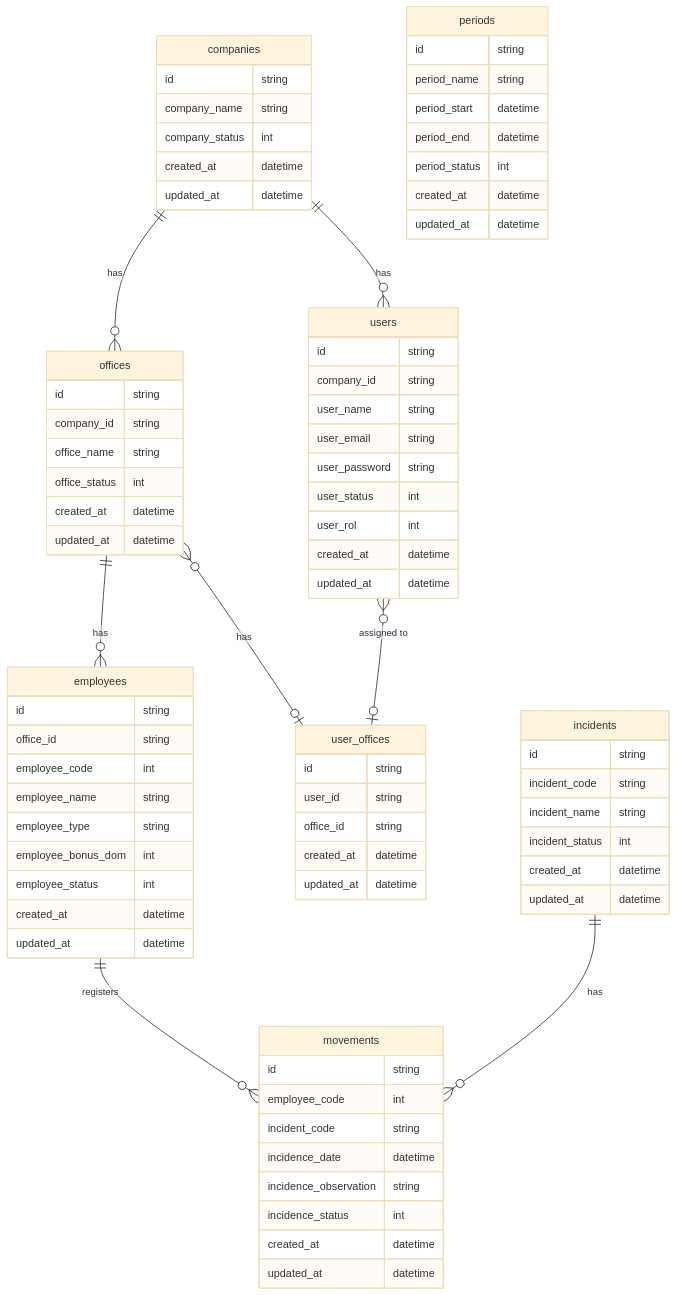
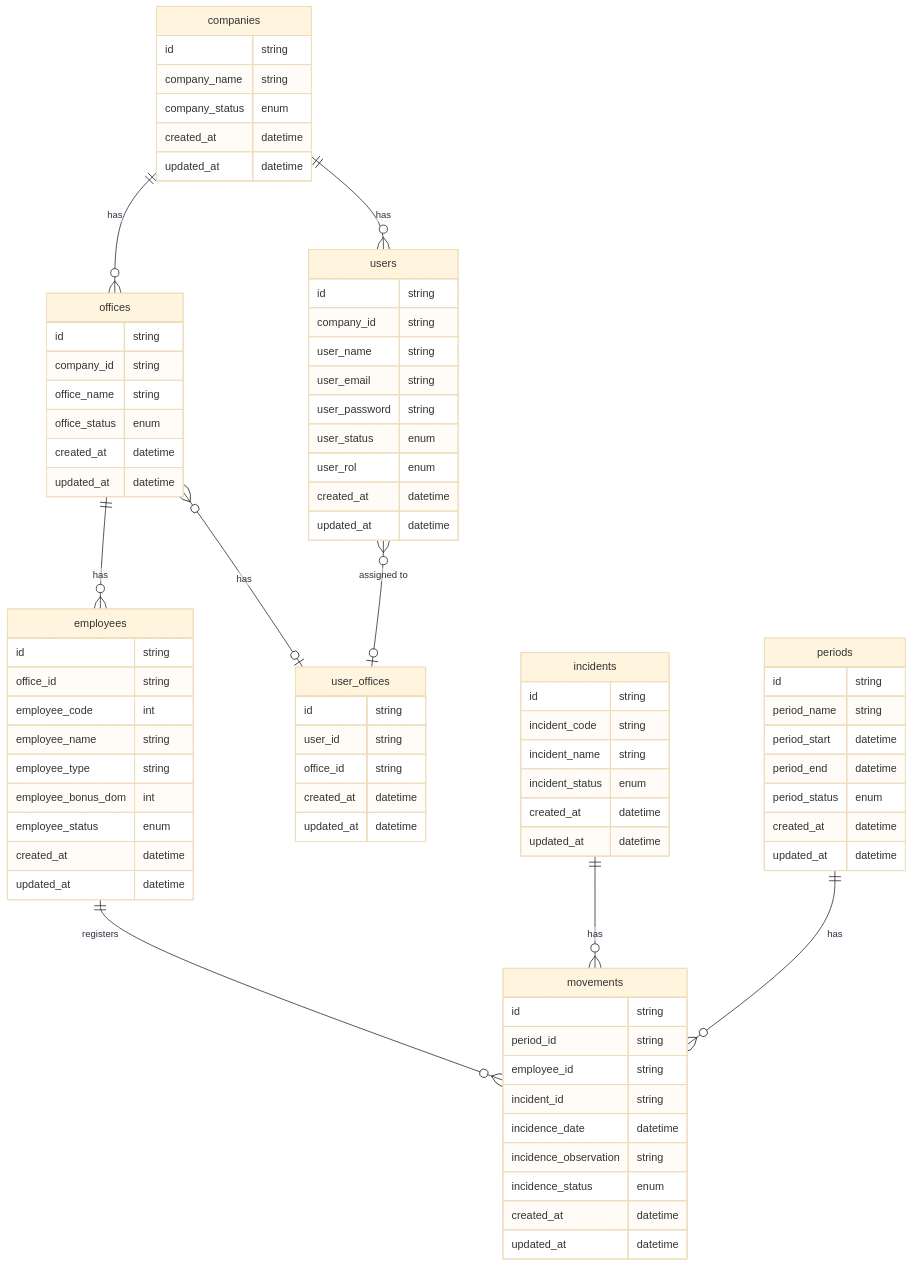
The diagram in docuemntation/DM.md (hahidalgo/incidencias_mx), drawn with Mermaid (base theme) before and after one commit.

Commit message:
:bug:(fix) update model on prisma

````diff
--- a/docuemntation/DM.md
+++ b/docuemntation/DM.md
@@ -9,11 +9,12 @@
   offices }o--o| user_offices : "has"
   employees ||--o{ movements : "registers"
   incidents ||--o{ movements : "has"
+  periods ||--o{ movements : "has"
 
   companies {
     id string
     company_name string
-    company_status int
+    company_status enum
     created_at datetime
     updated_at datetime
   }
@@ -21,7 +22,7 @@
     id string
     company_id string
     office_name string
-    office_status int
+    office_status enum
     created_at datetime
     updated_at datetime
   }
@@ -32,7 +33,7 @@
     employee_name string
     employee_type string
     employee_bonus_dom int
-    employee_status int
+    employee_status enum
     created_at datetime
     updated_at datetime
   }
@@ -40,17 +41,27 @@
     id string
     incident_code string
     incident_name string
-    incident_status int
+    incident_status enum
+    created_at datetime
+    updated_at datetime
+  }
+  periods {
+    id string
+    period_name string
+    period_start datetime
+    period_end datetime
+    period_status enum
     created_at datetime
     updated_at datetime
   }
   movements {
     id string
-    employee_code int
-    incident_code string
+    period_id string
+    employee_id string
+    incident_id string
     incidence_date datetime
     incidence_observation string
-    incidence_status int
+    incidence_status enum
     created_at datetime
     updated_at datetime
   }
@@ -60,8 +71,8 @@
     user_name string
     user_email string
     user_password string
-    user_status int
-    user_rol int
+    user_status enum
+    user_rol enum
     created_at datetime
     updated_at datetime
   }
@@ -72,13 +83,4 @@
     created_at datetime
     updated_at datetime
   }
-  periods {
-    id string
-    period_name string
-    period_start datetime
-    period_end datetime
-    period_status int
-    created_at datetime
-    updated_at datetime
-  }
 ```
````
